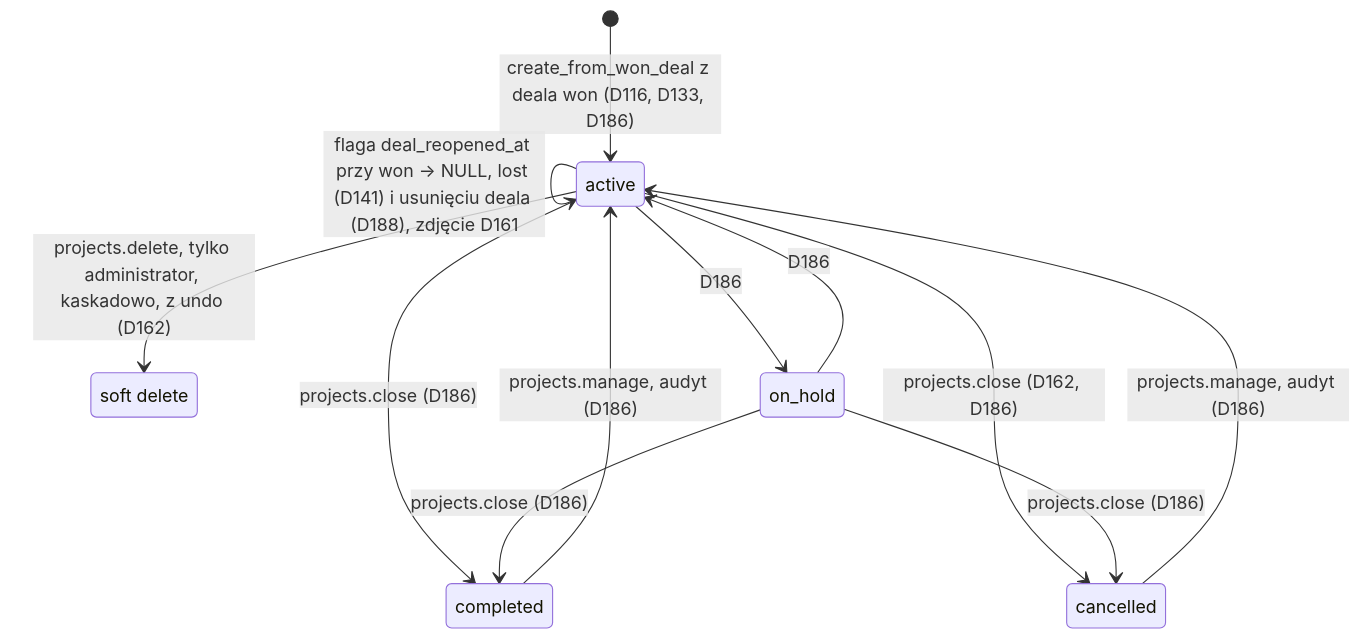
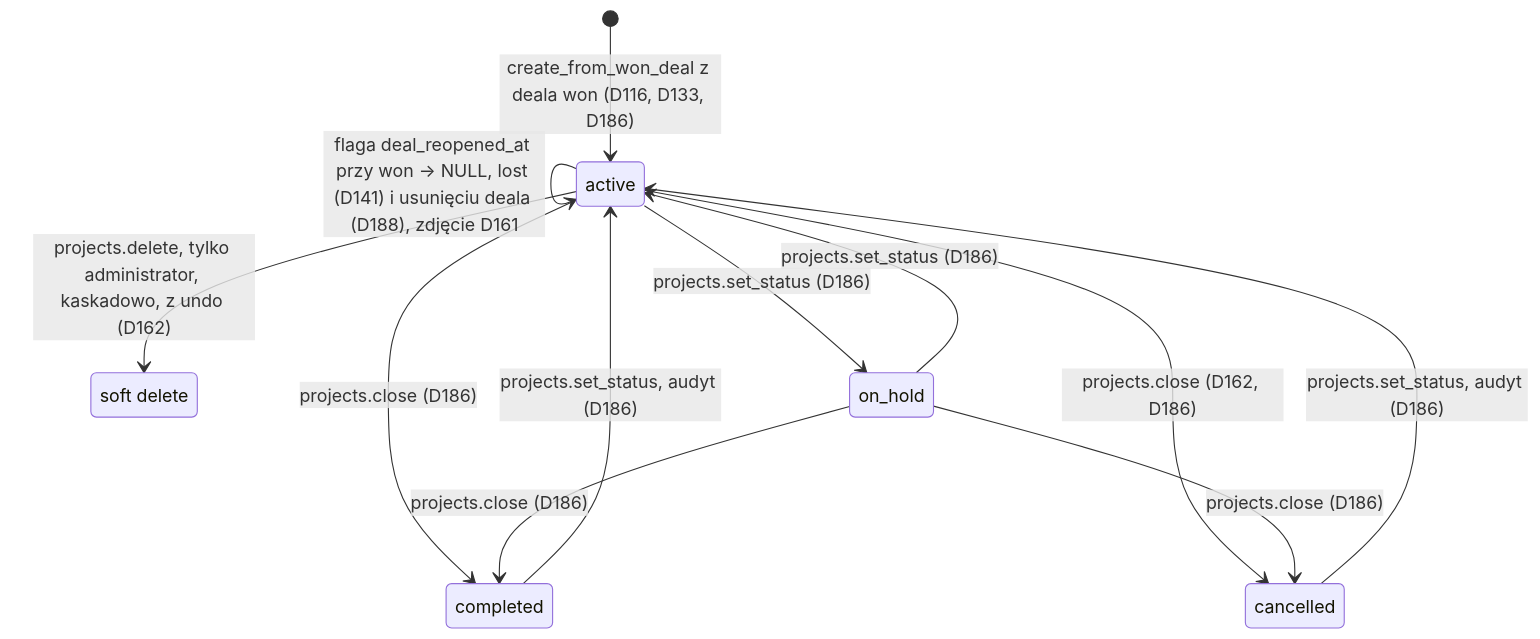
Before and after one commit to AdamskiMarek/open-mercato: the third of 4 diagrams in .ai/architecture.md, drawn with Mermaid. The commit also changed other lines of this file and 4 other files, not shown here.

````diff
--- a/.ai/architecture.md
+++ b/.ai/architecture.md
@@ -65,19 +65,19 @@
 ```mermaid
 stateDiagram-v2
     state "active" as active
     state "on_hold" as on_hold
     state "completed" as completed
     state "cancelled" as cancelled
     state "soft delete" as deleted
     [*] --> active: create_from_won_deal z deala won (D116, D133, D186)
     active --> active: flaga deal_reopened_at przy won → NULL, lost (D141) i usunięciu deala (D188), zdjęcie D161
-    active --> on_hold: D186
-    on_hold --> active: D186
+    active --> on_hold: projects.set_status (D186)
+    on_hold --> active: projects.set_status (D186)
     active --> completed: projects.close (D186)
     active --> cancelled: projects.close (D162, D186)
     on_hold --> completed: projects.close (D186)
     on_hold --> cancelled: projects.close (D186)
-    completed --> active: projects.manage, audyt (D186)
-    cancelled --> active: projects.manage, audyt (D186)
+    completed --> active: projects.set_status, audyt (D186)
+    cancelled --> active: projects.set_status, audyt (D186)
     active --> deleted: projects.delete, tylko administrator, kaskadowo, z undo (D162)
 ```
````
